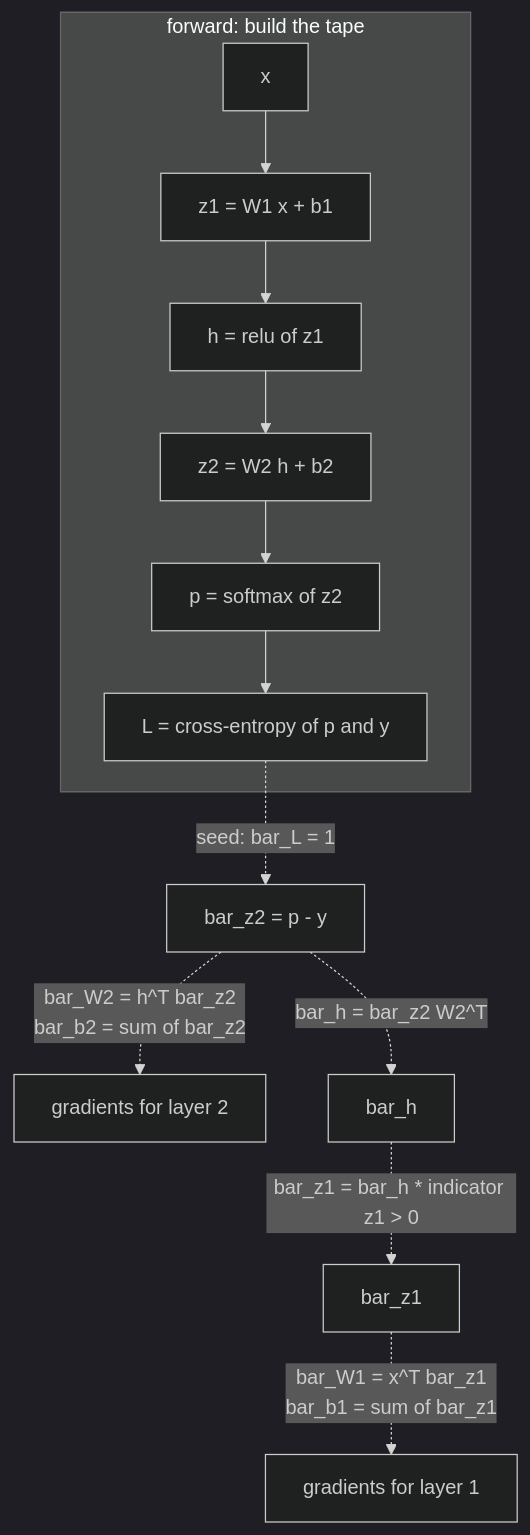
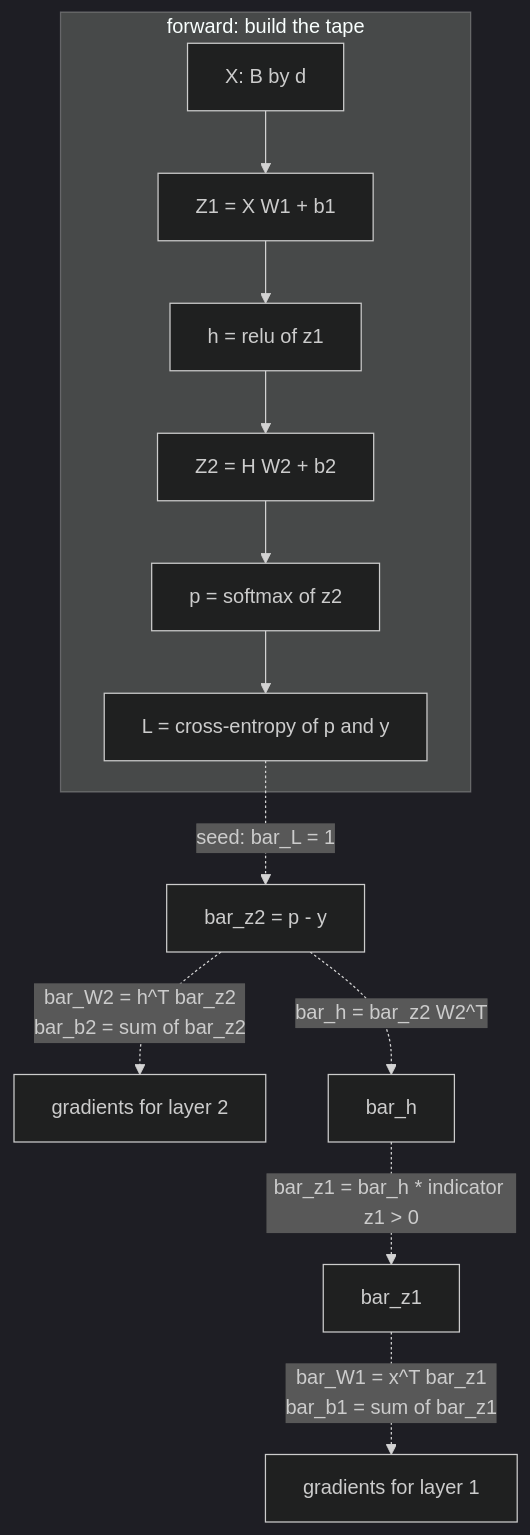
The diagram in content/notes/deep-learning/backpropagation-and-autodiff.md (alliedbrother/ml-interview-notes), drawn with Mermaid (dark theme) before and after one commit. The commit also changed other lines of this file and 217 other files, not shown here.

````diff
--- a/content/notes/deep-learning/backpropagation-and-autodiff.md
+++ b/content/notes/deep-learning/backpropagation-and-autodiff.md
@@ -46,15 +47,15 @@
 ```mermaid
 flowchart TD
     subgraph F["forward: build the tape"]
-        X["x"] --> Z1["z1 = W1 x + b1"]
+        X["X: B by d"] --> Z1["Z1 = X W1 + b1"]
         Z1 --> H["h = relu of z1"]
-        H --> Z2["z2 = W2 h + b2"]
+        H --> Z2["Z2 = H W2 + b2"]
         Z2 --> P["p = softmax of z2"]
         P --> L["L = cross-entropy of p and y"]
     end
     L -.->|"seed: bar_L = 1"| BP
     BP["bar_z2 = p - y"] -.->|"bar_W2 = h^T bar_z2<br/>bar_b2 = sum of bar_z2"| G2["gradients for layer 2"]
     BP -.->|"bar_h = bar_z2 W2^T"| BH["bar_h"]
     BH -.->|"bar_z1 = bar_h * indicator z1 > 0"| BZ1["bar_z1"]
     BZ1 -.->|"bar_W1 = x^T bar_z1<br/>bar_b1 = sum of bar_z1"| G1["gradients for layer 1"]
 ```
````
